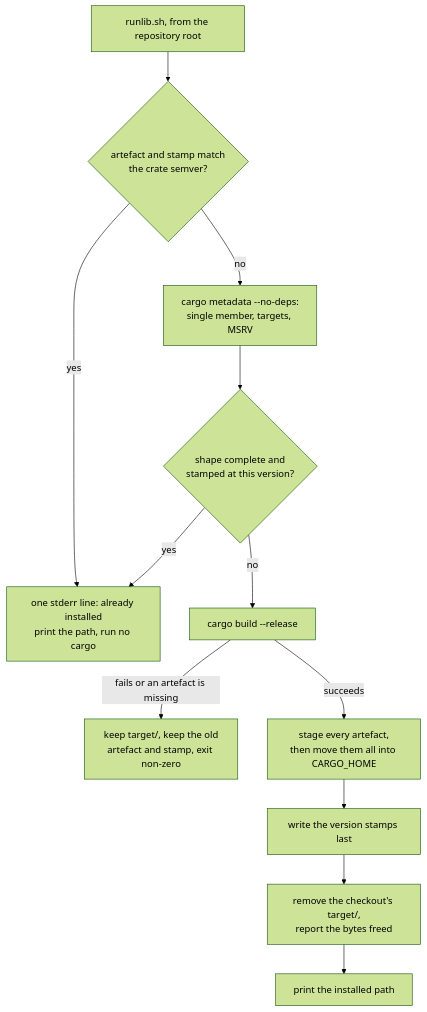
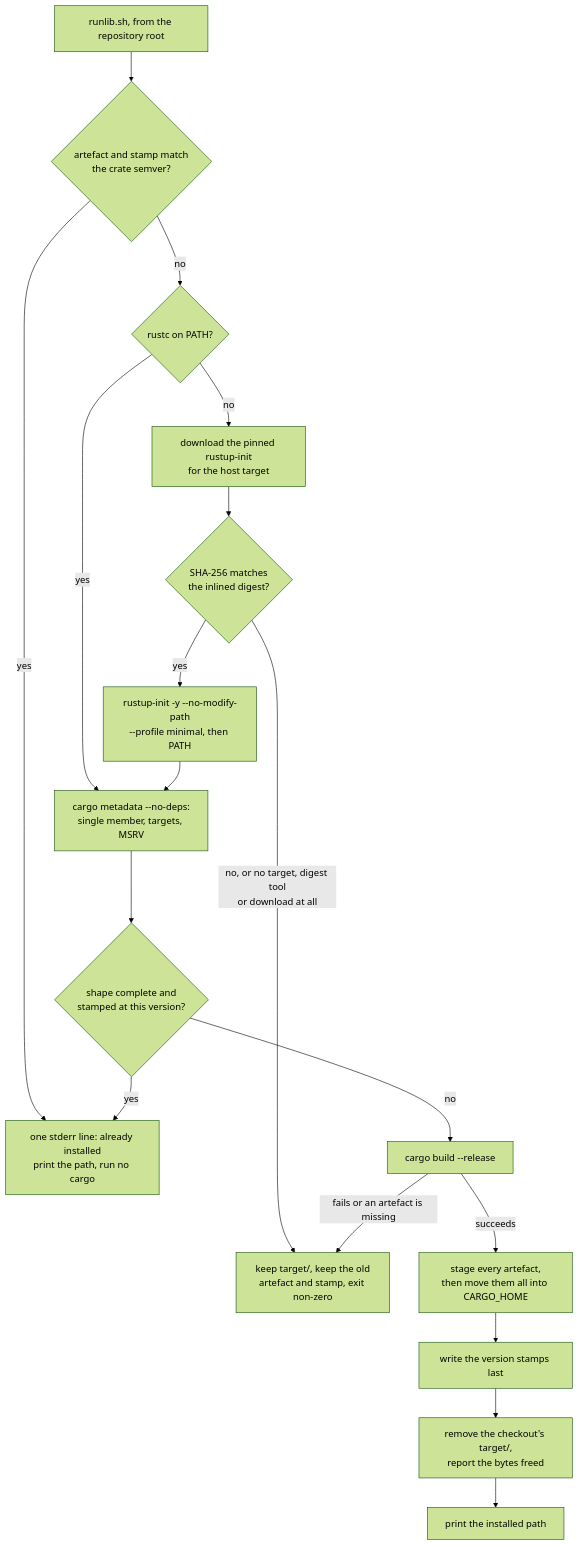
The third of 30 diagrams in README.md (stSoftwareAU/NEAT-AI-core), drawn with Mermaid (forest theme) before and after one commit. The commit also changed other lines of this file and 6 other files, not shown here.

First line of the commit message:
runlib.sh: bootstrap rustup from a digest-verified pinned rustup-init when rustc is absent (Issue #699) (#705)

````diff
--- a/README.md
+++ b/README.md
@@ -242,14 +261,20 @@
 ```mermaid
 flowchart TD
     A["runlib.sh, from the repository root"] --> B{"artefact and stamp match<br/>the crate semver?"}
     B -- "yes" --> C["one stderr line: already installed<br/>print the path, run no cargo"]
-    B -- "no" --> D["cargo metadata --no-deps:<br/>single member, targets, MSRV"]
+    B -- "no" --> T{"rustc on PATH?"}
+    T -- "yes" --> D["cargo metadata --no-deps:<br/>single member, targets, MSRV"]
+    T -- "no" --> U["download the pinned rustup-init<br/>for the host target"]
+    U --> V{"SHA-256 matches<br/>the inlined digest?"}
+    V -- "no, or no target, digest tool<br/>or download at all" --> F
+    V -- "yes" --> W["rustup-init -y --no-modify-path<br/>--profile minimal, then PATH"]
+    W --> D
     D --> K{"shape complete and<br/>stamped at this version?"}
     K -- "yes" --> C
     K -- "no" --> E["cargo build --release"]
     E -- "fails or an artefact is missing" --> F["keep target/, keep the old<br/>artefact and stamp, exit non-zero"]
     E -- "succeeds" --> G["stage every artefact,<br/>then move them all into CARGO_HOME"]
     G --> H["write the version stamps last"]
     H --> I["remove the checkout's target/,<br/>report the bytes freed"]
     I --> J["print the installed path"]
 ```
````
